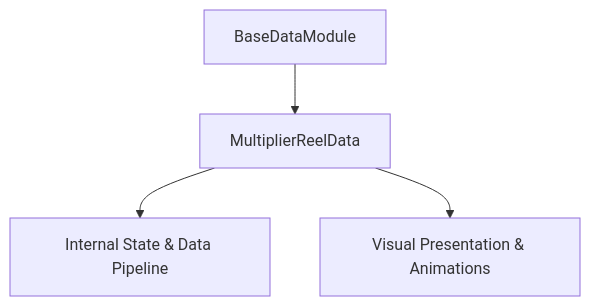
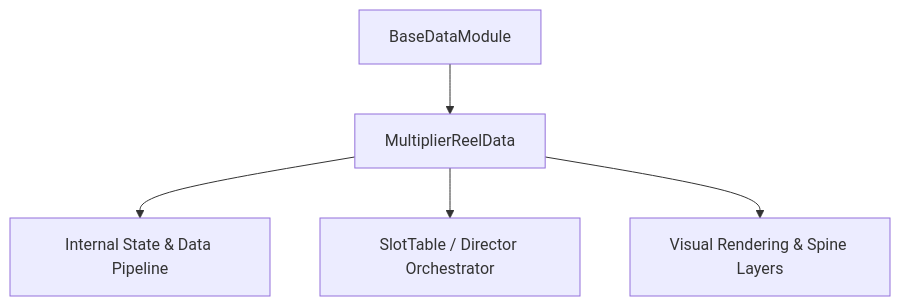
The diagram in docs/cc_slot_mechanics/modules/MultiplierReelData/01_overview/01_architecture_and_role.md (lam-ark/mcp-fwcc), drawn with Mermaid before and after one commit. The commit also changed other lines of this file and 2509 other files, not shown here.

````diff
--- a/docs/cc_slot_mechanics/modules/MultiplierReelData/01_overview/01_architecture_and_role.md
+++ b/docs/cc_slot_mechanics/modules/MultiplierReelData/01_overview/01_architecture_and_role.md
@@ -18,6 +24,7 @@
 ```mermaid
 graph TD
-    Parent[BaseDataModule] --> Mod[MultiplierReelData]
-    Mod --> State[Internal State & Data Pipeline]
-    Mod --> Render[Visual Presentation & Animations]
+    SuperClass[BaseDataModule] --> TargetClass[MultiplierReelData]
+    TargetClass --> DataPipeline[Internal State & Data Pipeline]
+    TargetClass --> Orchestrator[SlotTable / Director Orchestrator]
+    TargetClass --> ViewLayer[Visual Rendering & Spine Layers]
 ```
````
